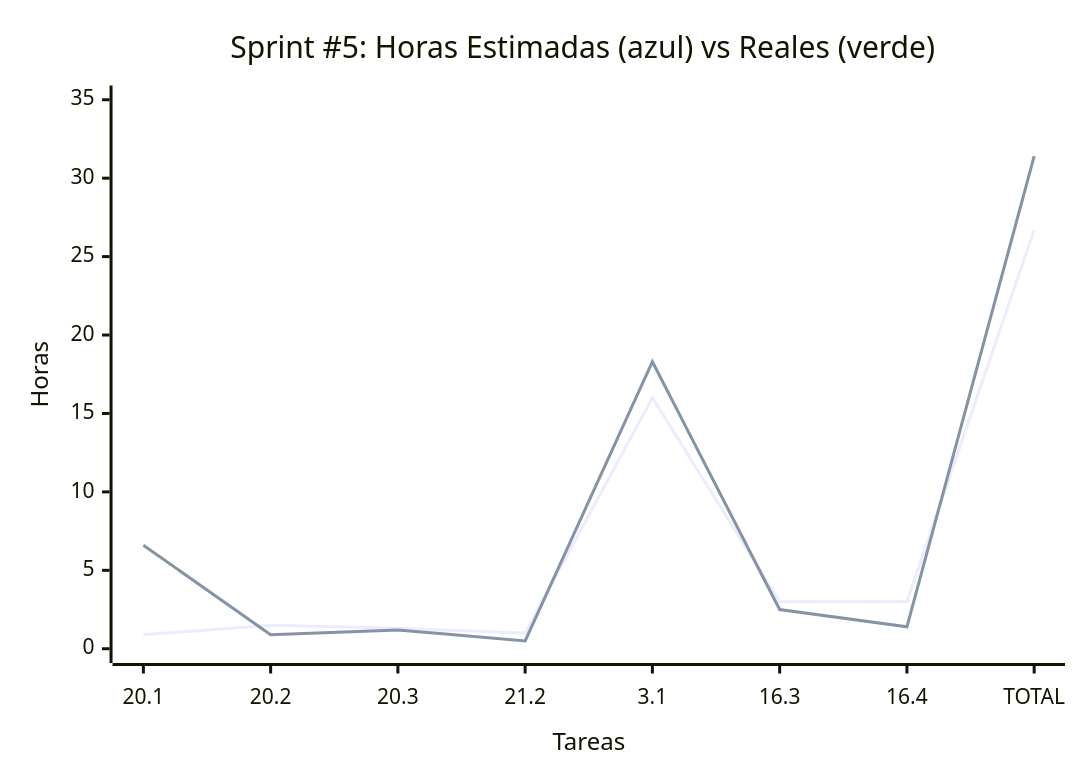
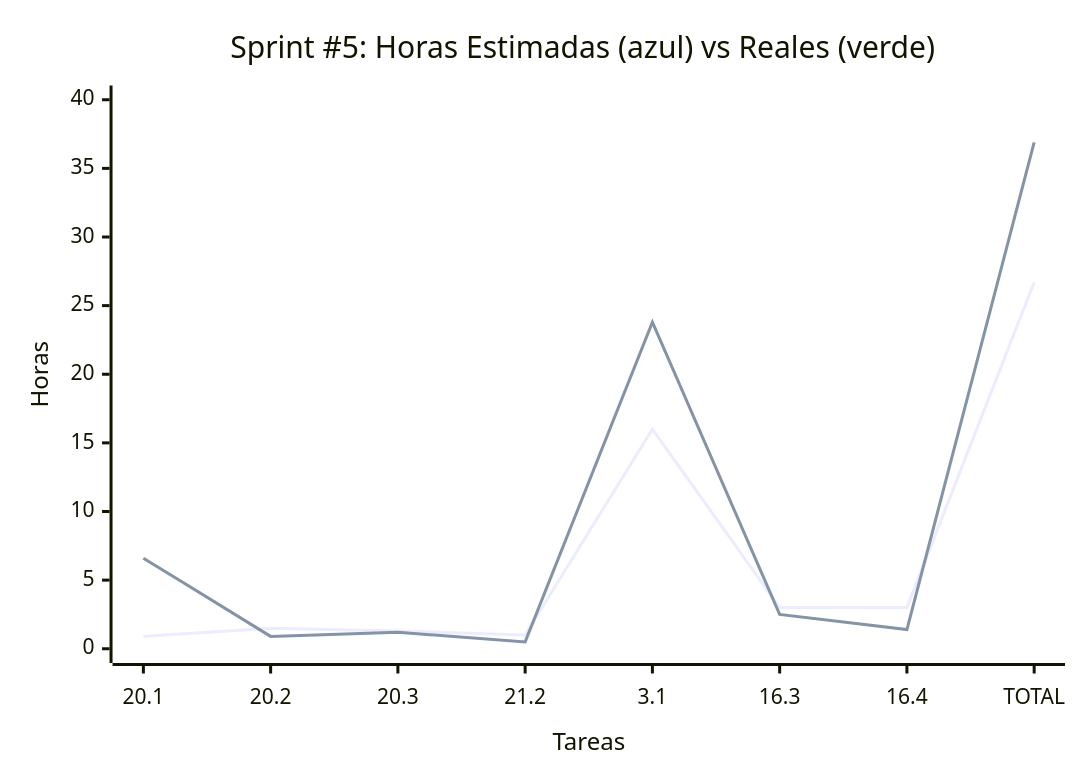
The fifth of 6 diagrams in docs/SprintsPlanning.md (MarkMed/FleetMan), drawn with Mermaid before and after one commit. The commit also changed other lines of this file, not shown here.

Commit message:
fix: update task hours and buffer estimates in SprintsPlanning.md

````diff
--- a/docs/SprintsPlanning.md
+++ b/docs/SprintsPlanning.md
@@ -227,12 +221,12 @@
 ```mermaid
 xychart-beta
     title "Sprint #5: Horas Estimadas #40;azul#41; vs Reales #40;verde#41;"
     x-axis "Tareas" ["20.1", "20.2", "20.3", "21.2", "3.1", "16.3", "16.4", "TOTAL"]
-    y-axis "Horas" 0 --> 35
-	
-	%% Green line
+    y-axis "Horas" 0 --> 40
+    
+    %% Green line
     line [0.9, 1.5, 1.3, 1, 16, 3, 3, 26.7]
 
-	%% Black line
-    line [6.6, 0.9, 1.2, 0.5, 18.3, 2.5, 1.4, 31.4]
+    %% Black line
+    line [6.6, 0.9, 1.2, 0.5, 23.8, 2.5, 1.4, 36.9]
 ```
````
